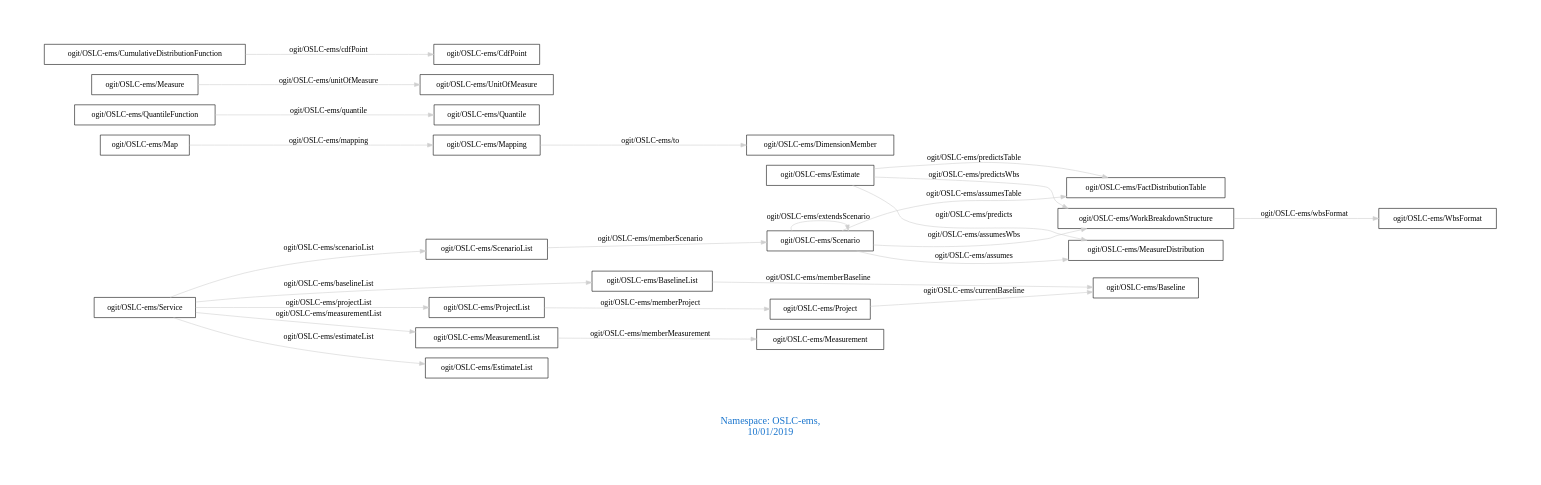
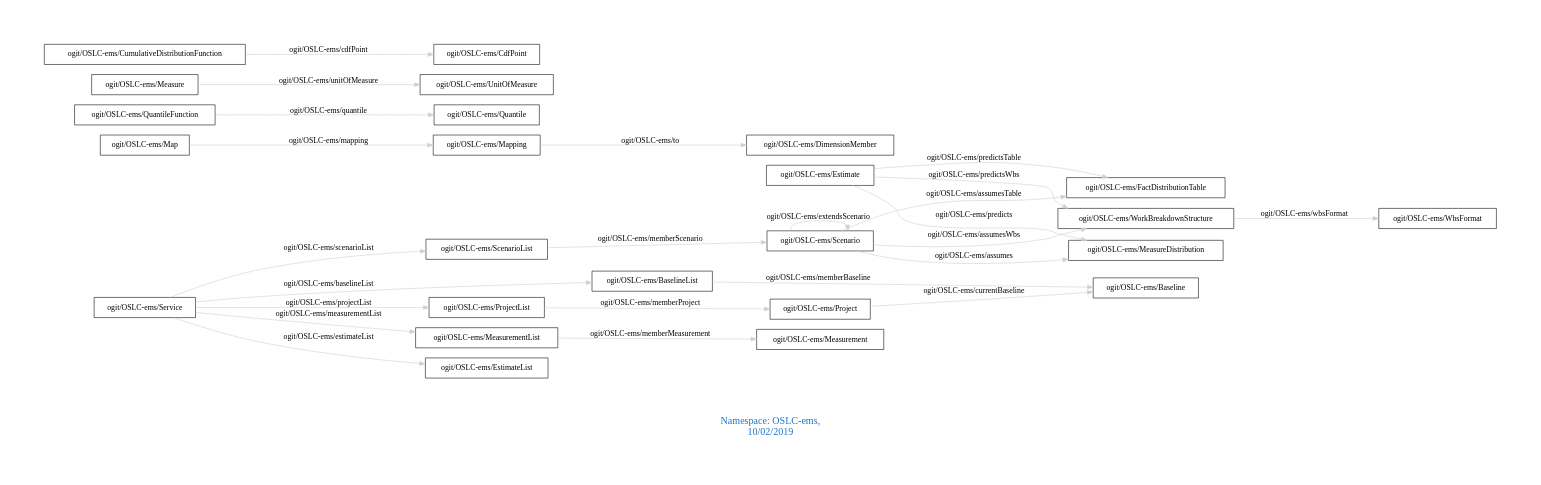
One commit to arago/OGIT changed the diagram in downloads/OSLC-ems.dot. Above: the diagram before and after it, drawn with Graphviz. The commit also changed 151 other files, not shown here.

```diff
--- a/downloads/OSLC-ems.dot
+++ b/downloads/OSLC-ems.dot
@@ -1,31 +1,31 @@
 digraph OGIT_ontology {
  graph [ rankdir= LR,pad=1 
 fontsize = 18,
-fontcolor= dodgerblue3,label = "\n\n\nNamespace: OSLC-ems, \n 10/01/2019"];
+fontcolor= dodgerblue3,label = "\n\n\nNamespace: OSLC-ems, \n 10/02/2019"];
 node[shape=polygon];
 edge [  color="gray81"];
 
    "ogit/OSLC-ems/Estimate" -> "ogit/OSLC-ems/MeasureDistribution" [label="   ogit/OSLC-ems/predicts    "];
    "ogit/OSLC-ems/Mapping" -> "ogit/OSLC-ems/DimensionMember" [label="   ogit/OSLC-ems/to    "];
    "ogit/OSLC-ems/Service" -> "ogit/OSLC-ems/ProjectList" [label="   ogit/OSLC-ems/projectList    "];
    "ogit/OSLC-ems/QuantileFunction" -> "ogit/OSLC-ems/Quantile" [label="   ogit/OSLC-ems/quantile    "];
    "ogit/OSLC-ems/Service" -> "ogit/OSLC-ems/ScenarioList" [label="   ogit/OSLC-ems/scenarioList    "];
    "ogit/OSLC-ems/Measure" -> "ogit/OSLC-ems/UnitOfMeasure" [label="   ogit/OSLC-ems/unitOfMeasure    "];
    "ogit/OSLC-ems/ScenarioList" -> "ogit/OSLC-ems/Scenario" [label="   ogit/OSLC-ems/memberScenario    "];
    "ogit/OSLC-ems/Estimate" -> "ogit/OSLC-ems/FactDistributionTable" [label="   ogit/OSLC-ems/predictsTable    "];
    "ogit/OSLC-ems/BaselineList" -> "ogit/OSLC-ems/Baseline" [label="   ogit/OSLC-ems/memberBaseline    "];
    "ogit/OSLC-ems/Scenario" -> "ogit/OSLC-ems/WorkBreakdownStructure" [label="   ogit/OSLC-ems/assumesWbs    "];
    "ogit/OSLC-ems/CumulativeDistributionFunction" -> "ogit/OSLC-ems/CdfPoint" [label="   ogit/OSLC-ems/cdfPoint    "];
    "ogit/OSLC-ems/Project" -> "ogit/OSLC-ems/Baseline" [label="   ogit/OSLC-ems/currentBaseline    "];
    "ogit/OSLC-ems/ProjectList" -> "ogit/OSLC-ems/Project" [label="   ogit/OSLC-ems/memberProject    "];
    "ogit/OSLC-ems/Service" -> "ogit/OSLC-ems/BaselineList" [label="   ogit/OSLC-ems/baselineList    "];
    "ogit/OSLC-ems/Estimate" -> "ogit/OSLC-ems/WorkBreakdownStructure" [label="   ogit/OSLC-ems/predictsWbs    "];
    "ogit/OSLC-ems/Map" -> "ogit/OSLC-ems/Mapping" [label="   ogit/OSLC-ems/mapping    "];
    "ogit/OSLC-ems/MeasurementList" -> "ogit/OSLC-ems/Measurement" [label="   ogit/OSLC-ems/memberMeasurement    "];
    "ogit/OSLC-ems/Service" -> "ogit/OSLC-ems/MeasurementList" [label="   ogit/OSLC-ems/measurementList    "];
    "ogit/OSLC-ems/WorkBreakdownStructure" -> "ogit/OSLC-ems/WbsFormat" [label="   ogit/OSLC-ems/wbsFormat    "];
    "ogit/OSLC-ems/Service" -> "ogit/OSLC-ems/EstimateList" [label="   ogit/OSLC-ems/estimateList    "];
    "ogit/OSLC-ems/Scenario" -> "ogit/OSLC-ems/MeasureDistribution" [label="   ogit/OSLC-ems/assumes    "];
    "ogit/OSLC-ems/Scenario" -> "ogit/OSLC-ems/FactDistributionTable" [label="   ogit/OSLC-ems/assumesTable    "];
    "ogit/OSLC-ems/Scenario" -> "ogit/OSLC-ems/Scenario" [label="   ogit/OSLC-ems/extendsScenario    "];
 }
```
